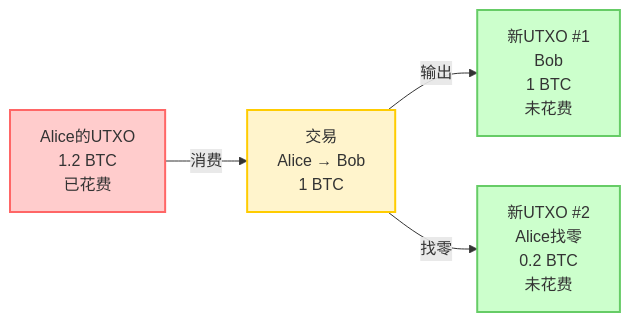
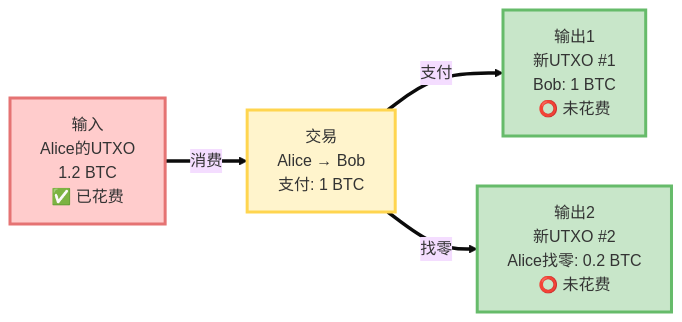
One commit to Ben-artist/blog changed the third of 4 diagrams in posts/block-chain.md. Above: the diagram before and after it, drawn with Mermaid. The commit also changed other lines of this file and 4 other files, not shown here.

Commit message:
Redesign Mermaid flowcharts with better layout and styling

````diff
--- a/posts/block-chain.md
+++ b/posts/block-chain.md
@@ -388,23 +392,20 @@
 ```mermaid
-graph LR
-    I1["Alice的UTXO
-    1.2 BTC
-    已花费"] -->|消费| TX["交易
-    Alice → Bob
-    1 BTC"]
+%%{init: {'theme':'base', 'themeVariables': { 'fontSize':'16px'}}}%%
+flowchart LR
+    Input["输入<br/>Alice的UTXO<br/>1.2 BTC<br/>✅ 已花费"]
     
-    TX -->|输出| O1["新UTXO #1
-    Bob
-    1 BTC
-    未花费"]
+    TX["交易<br/>Alice → Bob<br/>支付: 1 BTC"]
     
-    TX -->|找零| O2["新UTXO #2
-    Alice找零
-    0.2 BTC
-    未花费"]
+    Output1["输出1<br/>新UTXO #1<br/>Bob: 1 BTC<br/>⭕ 未花费"]
     
-    style I1 fill:#ffcccc,stroke:#ff6666,stroke-width:2px
-    style TX fill:#fff4cc,stroke:#ffcc00,stroke-width:2px
-    style O1 fill:#ccffcc,stroke:#66cc66,stroke-width:2px
-    style O2 fill:#ccffcc,stroke:#66cc66,stroke-width:2px
+    Output2["输出2<br/>新UTXO #2<br/>Alice找零: 0.2 BTC<br/>⭕ 未花费"]
+    
+    Input ==>|消费| TX
+    TX ==>|支付| Output1
+    TX ==>|找零| Output2
+    
+    style Input fill:#ffcccc,stroke:#e57373,stroke-width:3px
+    style TX fill:#fff4cc,stroke:#ffd54f,stroke-width:3px
+    style Output1 fill:#c8e6c9,stroke:#66bb6a,stroke-width:3px
+    style Output2 fill:#c8e6c9,stroke:#66bb6a,stroke-width:3px
 ```
````
